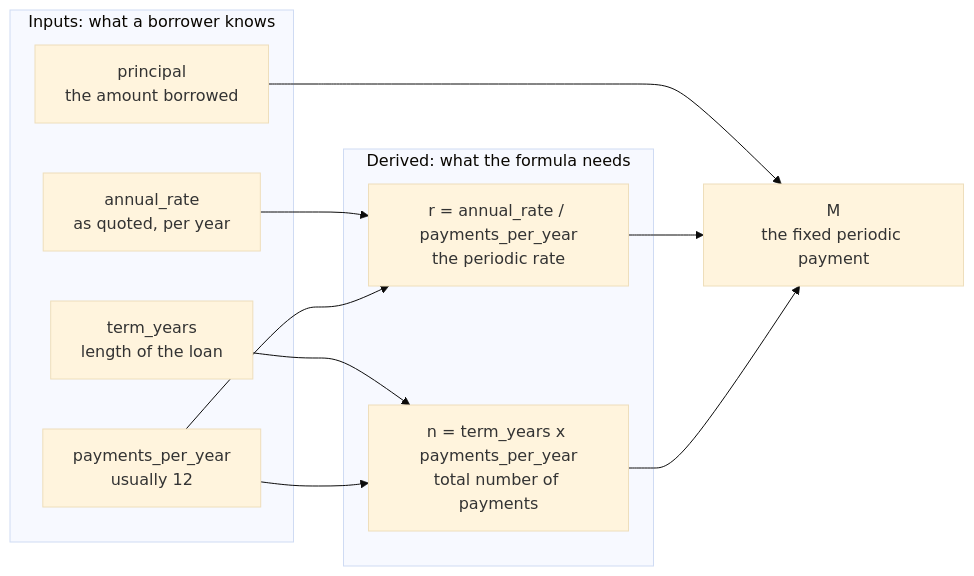
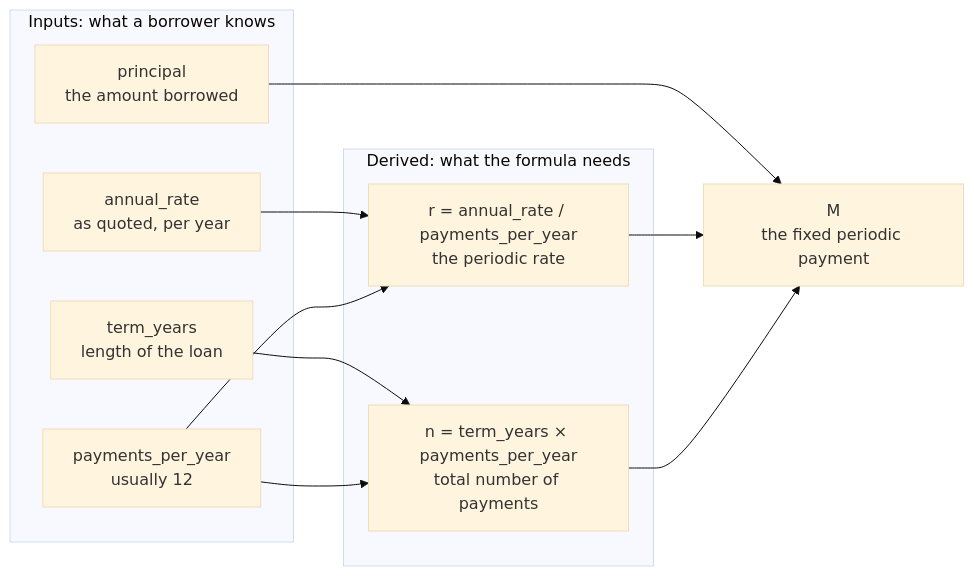
The first of 2 diagrams in manuscript/05-fixed-mortgages.md (rioffe/intro_to_ai_software_engineering), drawn with Mermaid (base theme) before and after one commit. The commit also changed other lines of this file and 2 other files, not shown here.

First line of the commit message:
Ch. 4: typeset the derivation diagram's math with KaTeX

````diff
--- a/manuscript/05-fixed-mortgages.md
+++ b/manuscript/05-fixed-mortgages.md
@@ -29,23 +29,23 @@
 ```mermaid
 flowchart LR
     subgraph IN[" Inputs: what a borrower knows "]
         P["principal<br/>the amount borrowed"]
         AR["annual_rate<br/>as quoted, per year"]
         TY["term_years<br/>length of the loan"]
         PPY["payments_per_year<br/>usually 12"]
     end
 
     subgraph DERIVED[" Derived: what the formula needs "]
         R["r = annual_rate / payments_per_year<br/>the periodic rate"]
-        N["n = term_years x payments_per_year<br/>total number of payments"]
+        N["n = term_years × payments_per_year<br/>total number of payments"]
     end
 
     AR --> R
     PPY --> R
     TY --> N
     PPY --> N
 
     P --> M["M<br/>the fixed periodic payment"]
     R --> M
     N --> M
 ```
````
